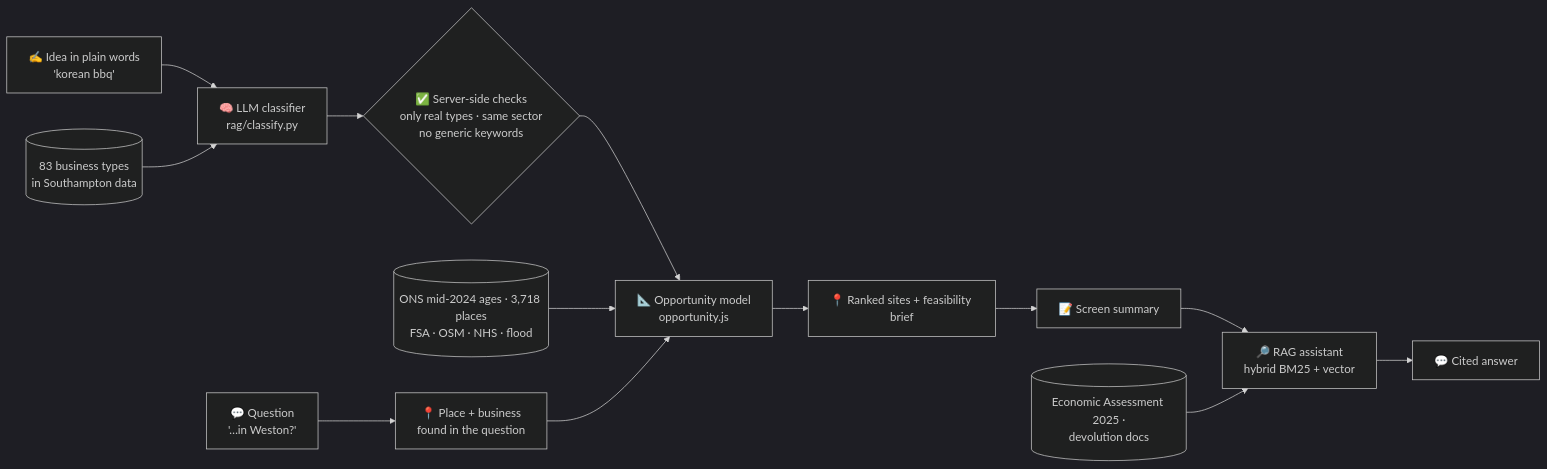
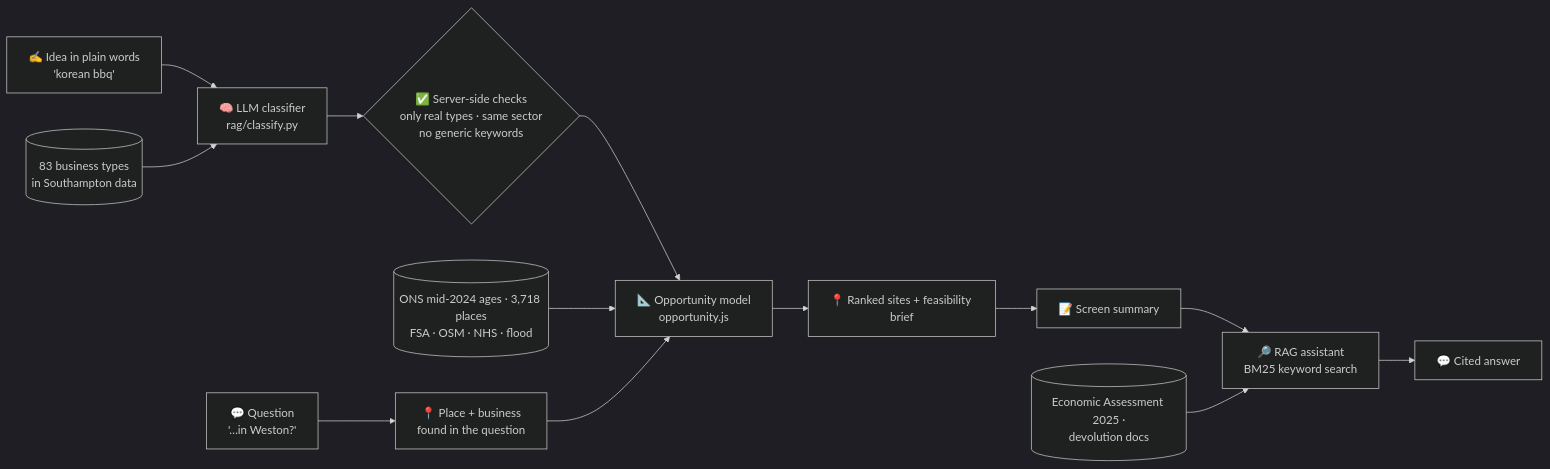
Before and after one commit to edwardyun12/civiclens-sotonship2026: the first of 2 diagrams in README.md, drawn with Mermaid (dark theme). The commit also changed other lines of this file and 8 other files, not shown here.

Commit message:
Website no longer uses Gemini: document search on the Groq provider is keyword-only (BM25), Render needs only GROQ_API_KEY; README: Gemini removed, 'Not yet measured' lists the measurements still owed

````diff
--- a/README.md
+++ b/README.md
@@ -134,15 +134,15 @@
 ```mermaid
 flowchart LR
   A["✍️ Idea in plain words<br/>'korean bbq'"] --> B["🧠 LLM classifier<br/>rag/classify.py"]
   T[("83 business types<br/>in Southampton data")] --> B
   B --> V{"✅ Server-side checks<br/>only real types · same sector<br/>no generic keywords"}
   V --> M["📐 Opportunity model<br/>opportunity.js"]
   D[("ONS mid-2024 ages · 3,718 places<br/>FSA · OSM · NHS · flood")] --> M
   M --> S["📍 Ranked sites + feasibility brief"]
   S --> C["📝 Screen summary"]
   Q["💬 Question<br/>'…in Weston?'"] --> P["📍 Place + business<br/>found in the question"]
   P --> M
-  C --> R["🔎 RAG assistant<br/>hybrid BM25 + vector"]
+  C --> R["🔎 RAG assistant<br/>BM25 keyword search"]
   K[("Economic Assessment 2025 ·<br/>devolution docs")] --> R
   R --> O["💬 Cited answer"]
 ```
````
